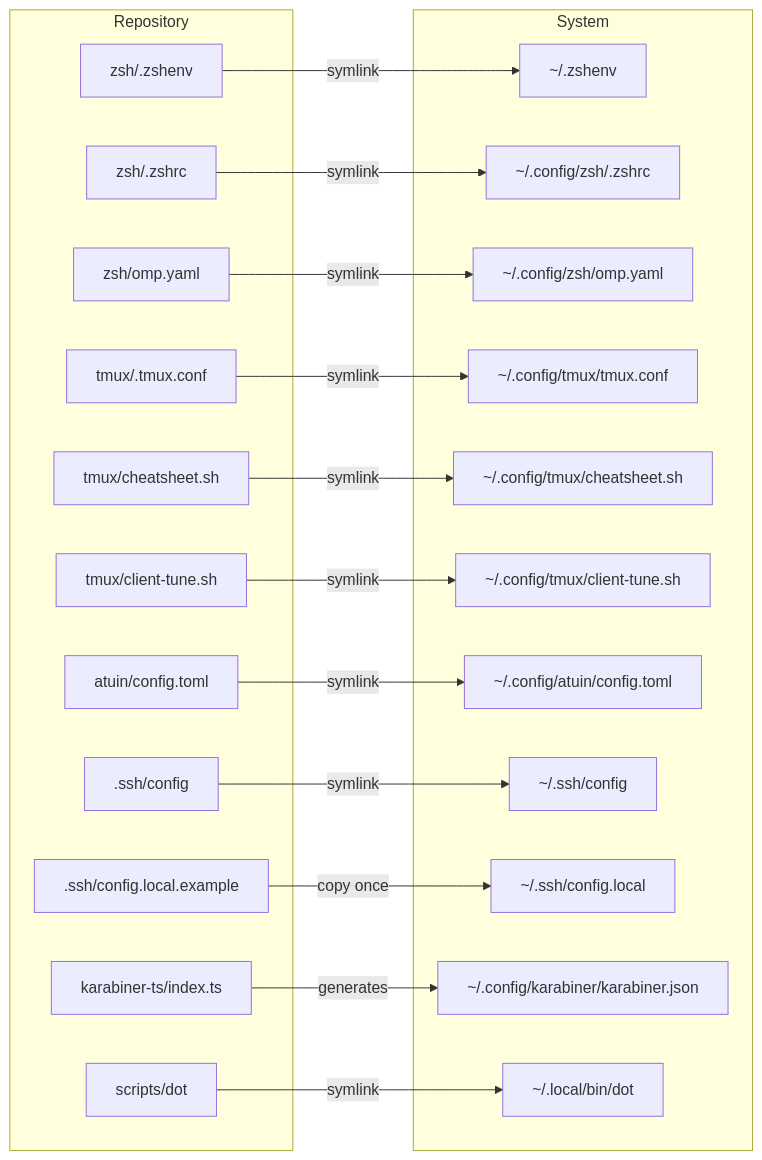
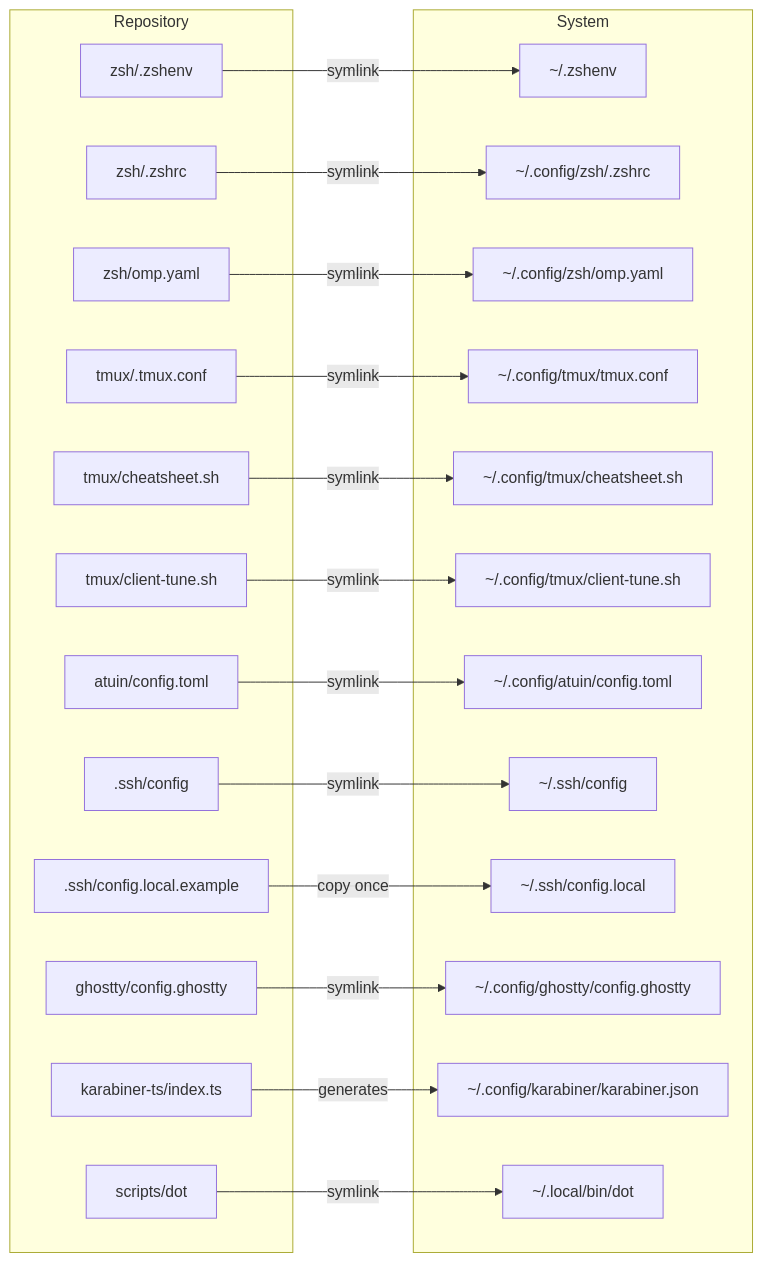
Before and after one commit to kaygdotorg/dotfiles: the first of 2 diagrams in README.md, drawn with Mermaid. The commit also changed other lines of this file and 6 other files, not shown here.

````diff
--- a/README.md
+++ b/README.md
@@ -113,42 +117,45 @@
 ```mermaid
 graph LR
     subgraph Repository
         A["zsh/.zshenv"]
         B["zsh/.zshrc"]
         C["zsh/omp.yaml"]
         D["tmux/.tmux.conf"]
         D2["tmux/cheatsheet.sh"]
         D3["tmux/client-tune.sh"]
         E["atuin/config.toml"]
         F[".ssh/config"]
         F2[".ssh/config.local.example"]
+        I["ghostty/config.ghostty"]
         G["karabiner-ts/index.ts"]
         H["scripts/dot"]
     end
 
     subgraph System
         A1["~/.zshenv"]
         B1["~/.config/zsh/.zshrc"]
         C1["~/.config/zsh/omp.yaml"]
         D1["~/.config/tmux/tmux.conf"]
         D21["~/.config/tmux/cheatsheet.sh"]
         D31["~/.config/tmux/client-tune.sh"]
         E1["~/.config/atuin/config.toml"]
         F1["~/.ssh/config"]
         F21["~/.ssh/config.local"]
+        I1["~/.config/ghostty/config.ghostty"]
         G1["~/.config/karabiner/karabiner.json"]
         H1["~/.local/bin/dot"]
     end
 
     A -->|symlink| A1
     B -->|symlink| B1
     C -->|symlink| C1
     D -->|symlink| D1
     D2 -->|symlink| D21
     D3 -->|symlink| D31
     E -->|symlink| E1
     F -->|symlink| F1
     F2 -->|copy once| F21
+    I -->|symlink| I1
     G -->|generates| G1
     H -->|symlink| H1
 ```
````
